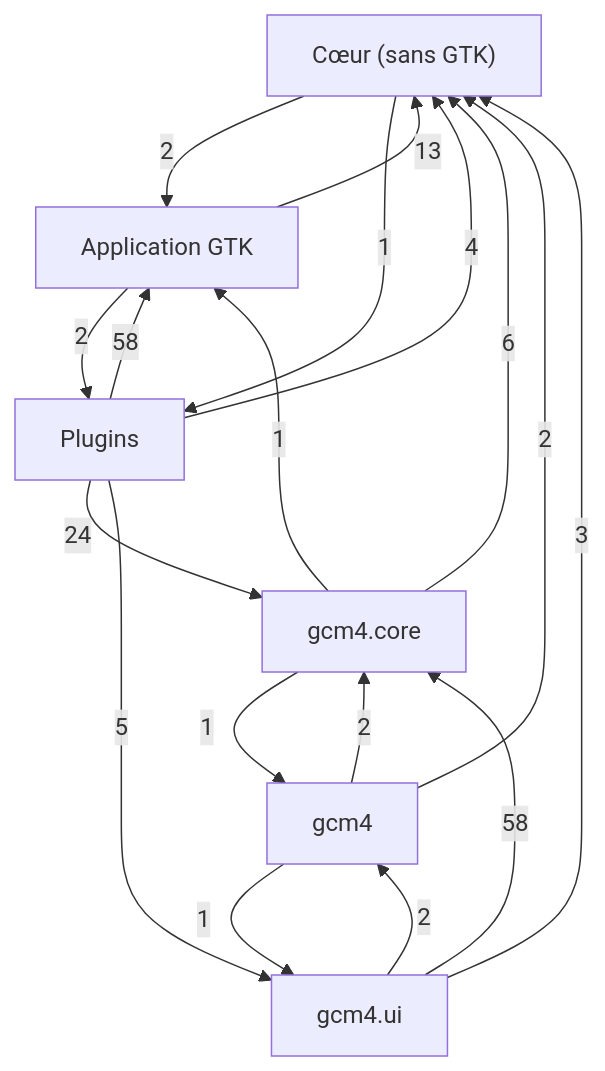
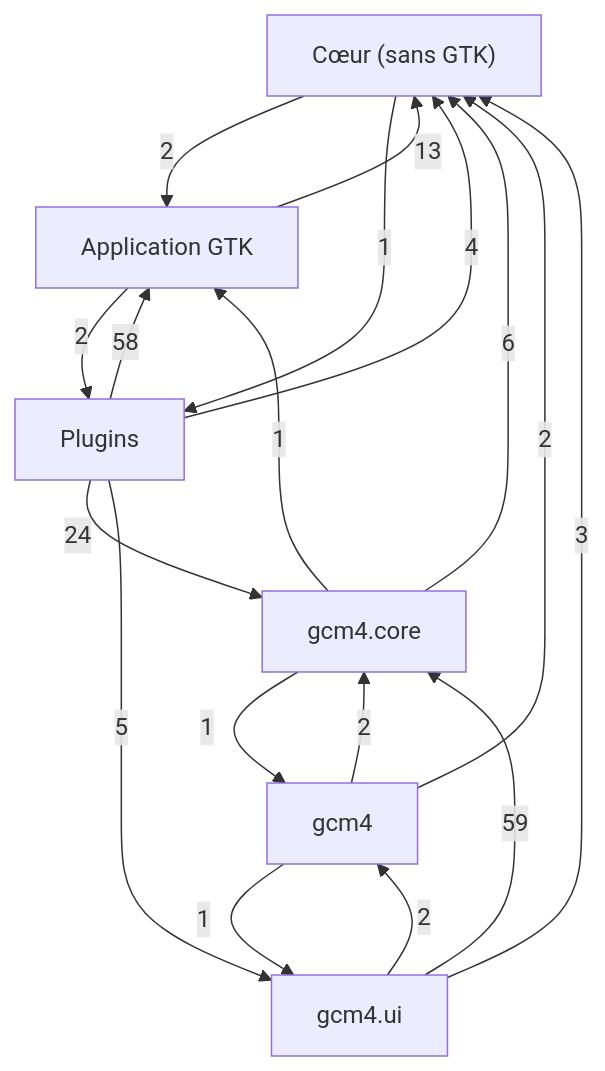
The first of 7 diagrams in docs/class-diagram.md (Mathilde-Team/Gcm4), drawn with Mermaid before and after one commit. The commit also changed other lines of this file and 67 other files, not shown here.

````diff
--- a/docs/class-diagram.md
+++ b/docs/class-diagram.md
@@ -21,26 +21,26 @@
 ```mermaid
 flowchart TD
     g0["Cœur (sans GTK)"]
     g1["Application GTK"]
     g2["Plugins"]
     g3["gcm4"]
     g4["gcm4.core"]
     g5["gcm4.ui"]
     g1 -->|13| g0
     g1 -->|2| g2
     g0 -->|2| g1
     g0 -->|1| g2
     g2 -->|58| g1
     g2 -->|4| g0
     g2 -->|24| g4
     g2 -->|5| g5
     g3 -->|2| g0
     g3 -->|2| g4
     g3 -->|1| g5
     g4 -->|1| g1
     g4 -->|6| g0
     g4 -->|1| g3
     g5 -->|3| g0
     g5 -->|2| g3
-    g5 -->|58| g4
+    g5 -->|59| g4
 ```
````
